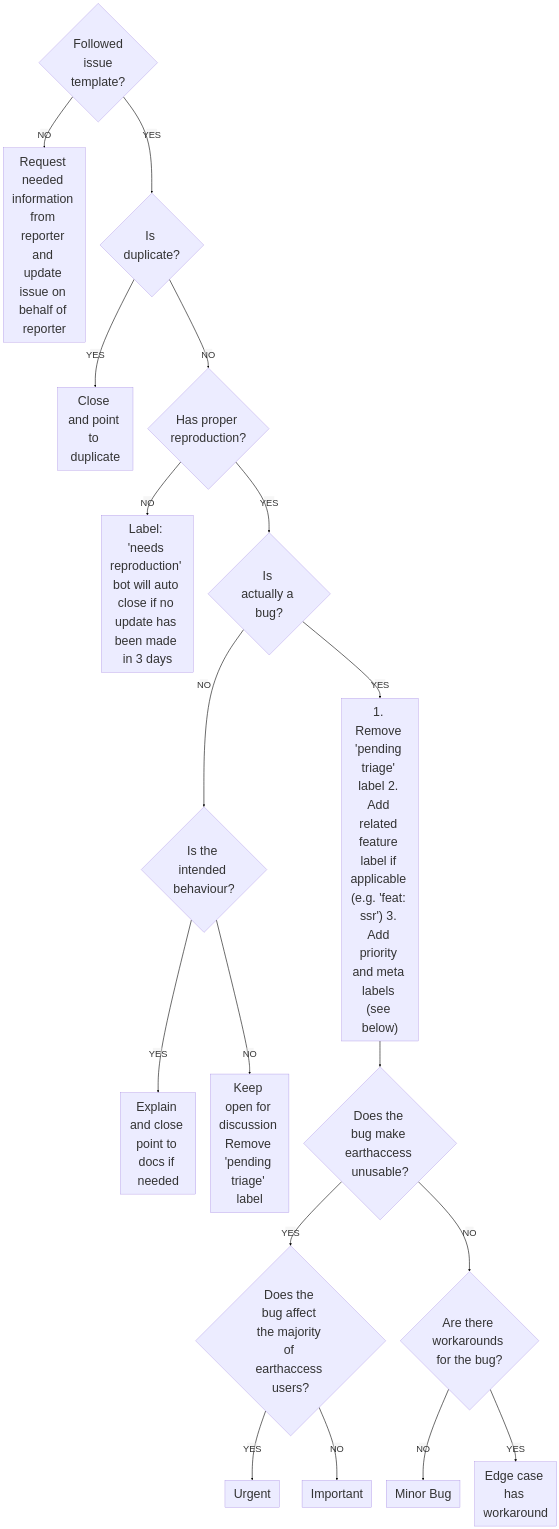
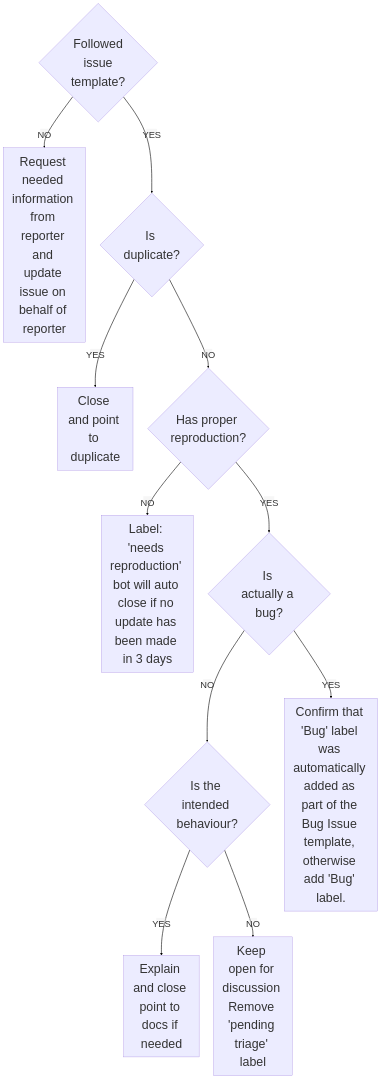
Before and after one commit to nsidc/earthaccess: the diagram in docs/contributing/triaging.md, drawn with Mermaid.

Commit message:
Removed unsupported list markdown box and sections below

````diff
--- a/docs/contributing/triaging.md
+++ b/docs/contributing/triaging.md
@@ -114,30 +114,24 @@
 ``` mermaid
 
 flowchart TD
   %%{init: {"flowchart": {"htmlLabels": false}} }%%
   classDef default font-size:32pt;
   start{"`Followed
   issue
   template?`"}
   start ==NO==> close1[Request needed information from reporter and update issue on behalf of reporter]
   start == YES ==> dupe{Is duplicate?}
   dupe == YES ==> close2[Close and point to duplicate]
   dupe == NO ==> repro{Has proper reproduction?}
   repro == NO ==> close3[Label: 'needs reproduction' bot will auto close if no update has been made in 3 days]
   repro == YES ==> real{Is actually a bug?}
   real == NO ==> intended{Is the intended behaviour?}
   intended == YES ==> explain[Explain and close point to docs if needed]
   intended == NO ==> open[Keep open for discussion Remove 'pending triage' label]
-  real == YES ==> real2["1. Remove 'pending triage' label 2. Add related feature label if applicable (e.g. 'feat: ssr') 3. Add priority and meta labels (see below)"]
-  real2 ==> unusable{Does the bug make earthaccess unusable?}
-  unusable == YES ==> maj{Does the bug affect the majority of earthaccess users?}
-  maj == YES ==> close4[Urgent]
-  maj == NO ==>  close5[Important]
-  unusable == NO ==> workarounds{Are there workarounds for the bug?}
-  workarounds == NO ==>  close6[Minor Bug]
-  workarounds == YES ==> close7[Edge case has workaround]
+  real == YES ==> real2["Confirm that 'Bug' label was automatically added as part of the Bug Issue template, otherwise add 'Bug' label."]
+
 
   %% Link Color %%
     linkStyle default stroke:black,stroke-width:2px,font-size:24pt;
 
 ```
````
